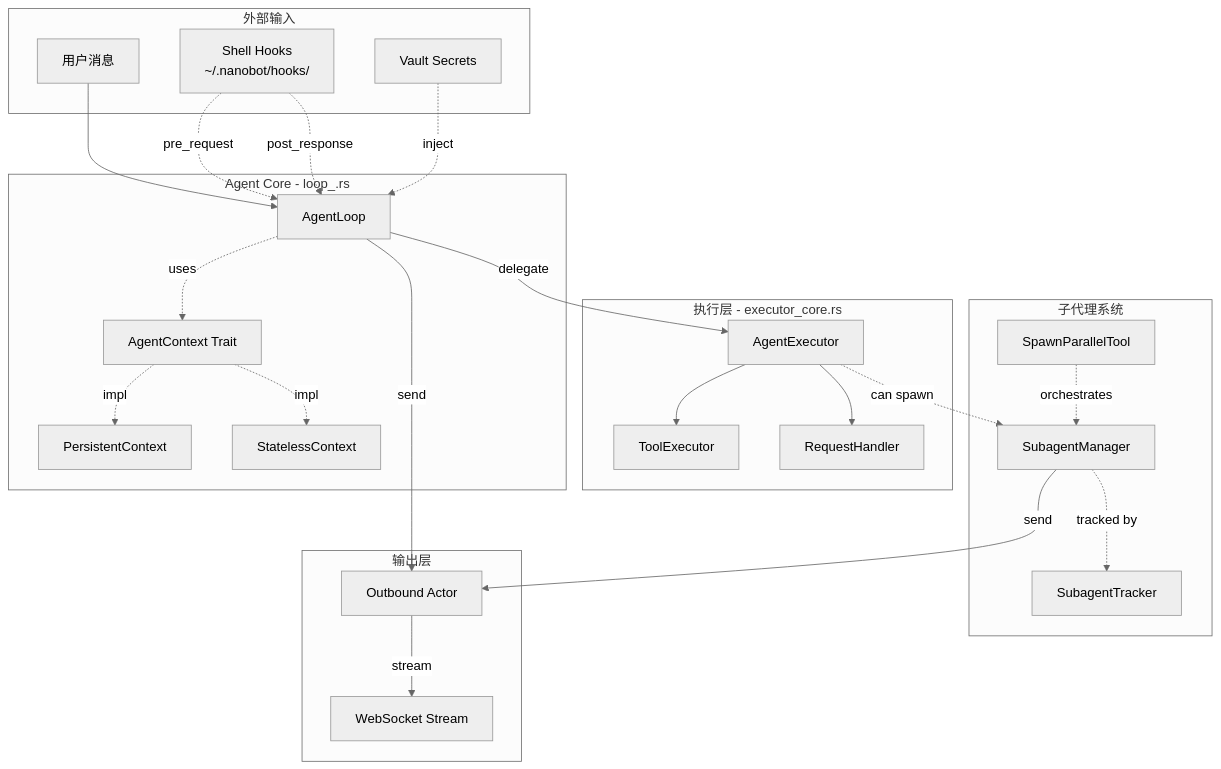
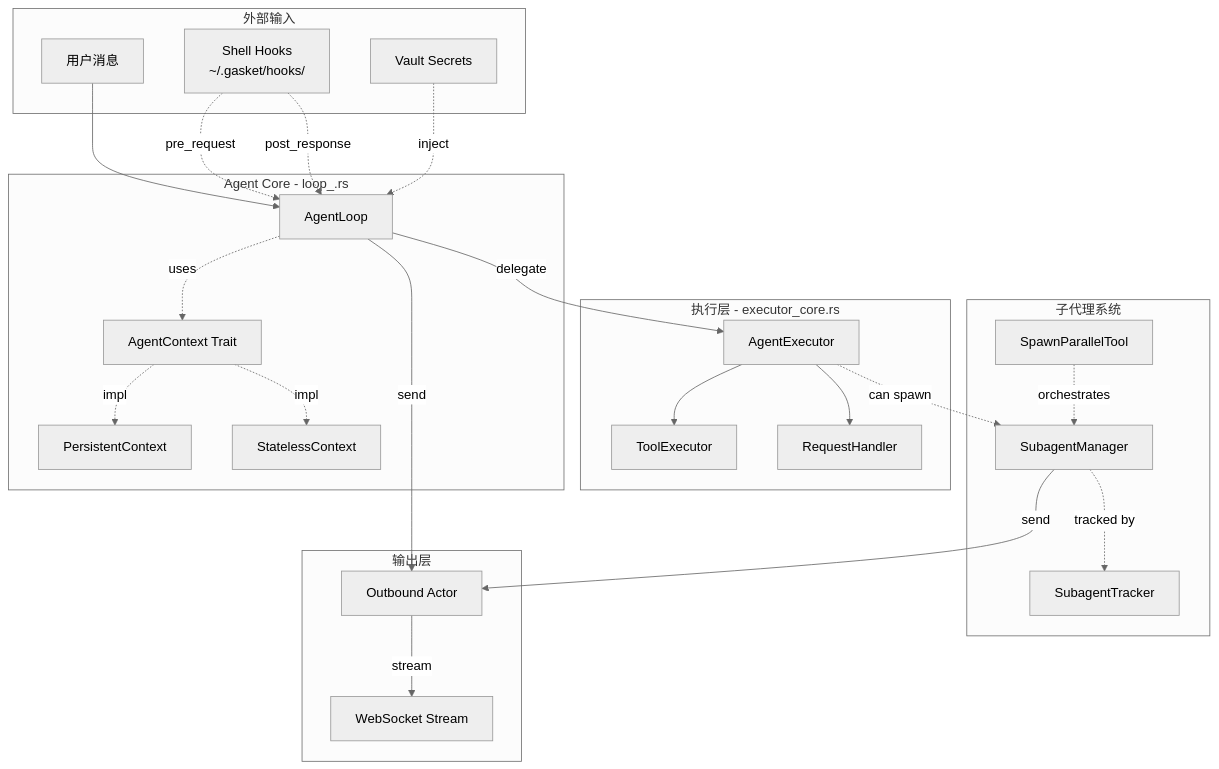
The first of 4 diagrams in docs/agent_flow.md (yeheng/nanobot-rs), drawn with Mermaid (neutral theme) before and after one commit. The commit also changed 222 other files, not shown here.

First line of the commit message:
refactor: 重命名项目从 nanobot-rs 到 gasket-rs

````diff
--- a/docs/agent_flow.md
+++ b/docs/agent_flow.md
@@ -7,53 +7,53 @@
 ```mermaid
 flowchart TB
     subgraph External["外部输入"]
         User[用户消息]
-        Hook[Shell Hooks<br/>~/.nanobot/hooks/]
+        Hook[Shell Hooks<br/>~/.gasket/hooks/]
         Vault[Vault Secrets]
     end
 
     subgraph AgentCore["Agent Core - loop_.rs"]
         AL[AgentLoop]
         AC[AgentContext Trait]
         PC[PersistentContext]
         SC[StatelessContext]
     end
 
     subgraph Execution["执行层 - executor_core.rs"]
         AE[AgentExecutor]
         TE[ToolExecutor]
         RH[RequestHandler]
     end
 
     subgraph Subagent["子代理系统"]
         SM[SubagentManager]
         ST[SubagentTracker]
         SPT[SpawnParallelTool]
     end
 
     subgraph Output["输出层"]
         OB[Outbound Actor]
         WS[WebSocket Stream]
     end
 
     User --> AL
     Hook -.->|pre_request| AL
     Hook -.->|post_response| AL
     Vault -.->|inject| AL
 
     AL -->|delegate| AE
     AE --> TE
     AE --> RH
 
     AL -.->|uses| AC
     AC -.->|impl| PC
     AC -.->|impl| SC
 
     AE -.->|can spawn| SM
     SM -.->|tracked by| ST
     SPT -.->|orchestrates| SM
 
     AL -->|send| OB
     SM -->|send| OB
     OB -->|stream| WS
 ```
````
